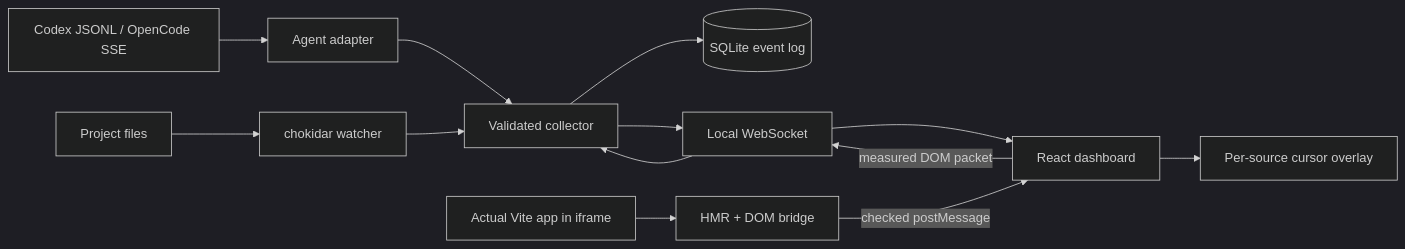
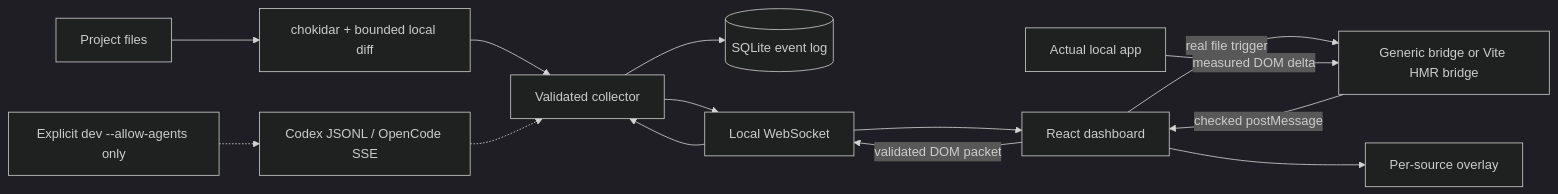
The diagram in docs/architecture.md (Duioolllll/swarm-ai-edit), drawn with Mermaid (dark theme) before and after one commit. The commit also changed other lines of this file and 40 other files, not shown here.

````diff
--- a/docs/architecture.md
+++ b/docs/architecture.md
@@ -5,15 +5,16 @@
 ```mermaid
 flowchart LR
-  Agent[Codex JSONL / OpenCode SSE] --> Adapter[Agent adapter]
-  Disk[Project files] --> Watcher[chokidar watcher]
-  Adapter --> Collector[Validated collector]
-  Watcher --> Collector
+  Files[Project files] --> Watcher[chokidar + bounded local diff]
+  Watcher --> Collector[Validated collector]
   Collector --> Store[(SQLite event log)]
   Collector --> WS[Local WebSocket]
   WS --> Dashboard[React dashboard]
-  App[Actual Vite app in iframe] --> Bridge[HMR + DOM bridge]
+  Dashboard -->|real file trigger| Bridge[Generic bridge or Vite HMR bridge]
+  App[Actual local app] -->|measured DOM delta| Bridge
   Bridge -->|checked postMessage| Dashboard
-  Dashboard -->|measured DOM packet| WS
+  Dashboard -->|validated DOM packet| WS
   WS --> Collector
-  Dashboard --> Overlay[Per-source cursor overlay]
+  Dashboard --> Overlay[Per-source overlay]
+  Agent[Explicit dev --allow-agents only] -.-> Adapter[Codex JSONL / OpenCode SSE]
+  Adapter -.-> Collector
 ```
````
